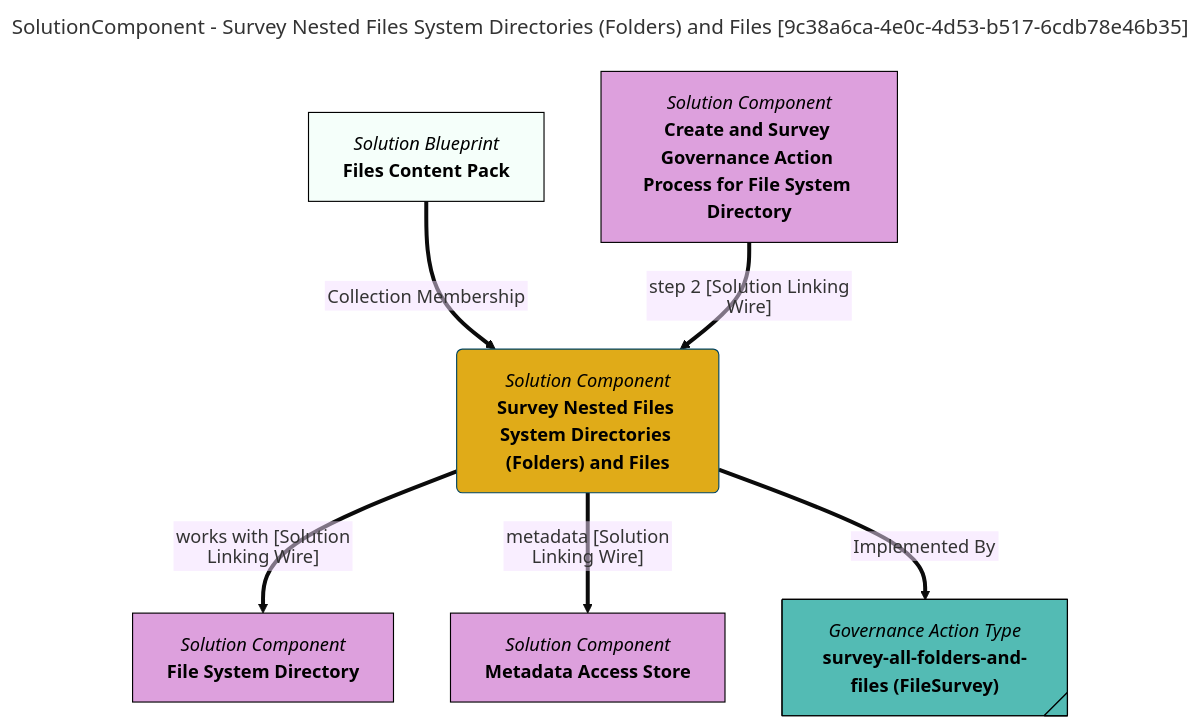
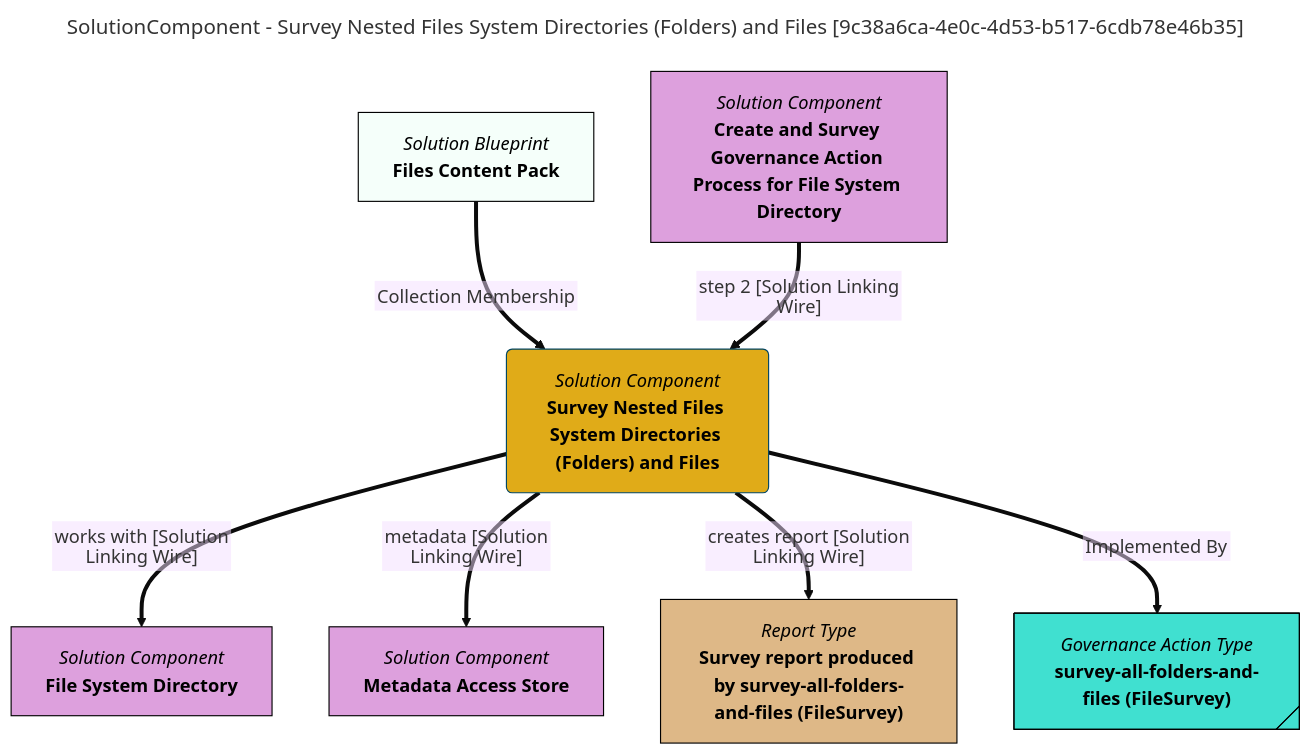
The diagram in site/snippets/blueprints/components/survey-all-folders-and-files-mermaid-graph.md (odpi/egeria-docs), drawn with Mermaid (base theme) before and after one commit. The commit also changed 2201 other files, not shown here.

````diff
--- a/site/snippets/blueprints/components/survey-all-folders-and-files-mermaid-graph.md
+++ b/site/snippets/blueprints/components/survey-all-folders-and-files-mermaid-graph.md
@@ -1,35 +1,39 @@
 ```mermaid
 ---
 title: SolutionComponent - Survey Nested Files System Directories (Folders) and Files [9c38a6ca-4e0c-4d53-b517-6cdb78e46b35]
 ---
 flowchart TD
 %%{init: {"flowchart": {"htmlLabels": false}} }%%
 
 1@{ shape: rounded, label: "*Solution Component*
 **Survey Nested Files System Directories (Folders) and Files**"}
 2@{ shape: rect, label: "*Solution Blueprint*
 **Files Content Pack**"}
 2==>|"Collection Membership"|1
 3@{ shape: rect, label: "*Solution Component*
 **File System Directory**"}
 1==>|"works with [Solution Linking Wire]"|3
 4@{ shape: rect, label: "*Solution Component*
 **Metadata Access Store**"}
 1==>|"metadata [Solution Linking Wire]"|4
-5@{ shape: rect, label: "*Solution Component*
+5@{ shape: rect, label: "*Report Type*
+**Survey report produced by survey-all-folders-and-files (FileSurvey)**"}
+1==>|"creates report [Solution Linking Wire]"|5
+6@{ shape: rect, label: "*Solution Component*
 **Create and Survey Governance Action Process for File System Directory**"}
-5==>|"step 2 [Solution Linking Wire]"|1
-6@{ shape: tag-rect, label: "*Governance Action Type*
+6==>|"step 2 [Solution Linking Wire]"|1
+7@{ shape: tag-rect, label: "*Governance Action Type*
 **survey-all-folders-and-files (FileSurvey)**"}
-1==>|"Implemented By"|6
+1==>|"Implemented By"|7
 style 1 color:#000000, fill:#e0ab18, stroke:#004563
 style 2 color:#000000, fill:#f5fffa, stroke:#000000
-style 3 color:#000000, fill:#dda0dd, stroke:#000000
-style 4 color:#000000, fill:#dda0dd, stroke:#000000
-style 5 color:#000000, fill:#dda0dd, stroke:#000000
-style 6 color:#000000, fill:#53bbb4, stroke:#000000
+style 3 color:#000000, fill:#DDA0DD, stroke:#000000
+style 4 color:#000000, fill:#DDA0DD, stroke:#000000
+style 5 color:#000000, fill:#DEB887, stroke:#000000
+style 6 color:#000000, fill:#DDA0DD, stroke:#000000
+style 7 color:#000000, fill:#40E0D0, stroke:#000000
 click 1 "https://egeria-project.org/concepts/governance-action-type/" "Click for more documentation" _blank
 click 3 "https://egeria-project.org/types/2/0220-Files-and-Folders/" "Click for more documentation" _blank
 click 4 "https://egeria-project.org/concepts/metadata-access-store/" "Click for more documentation" _blank
-click 5 "https://egeria-project.org/egeria-solutions/leveraging-files/overview/" "Click for more documentation" _blank
+click 6 "https://egeria-project.org/egeria-solutions/leveraging-files/overview/" "Click for more documentation" _blank
 ```
````
